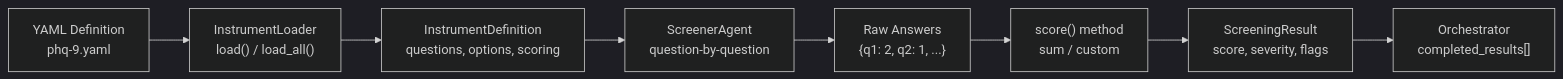
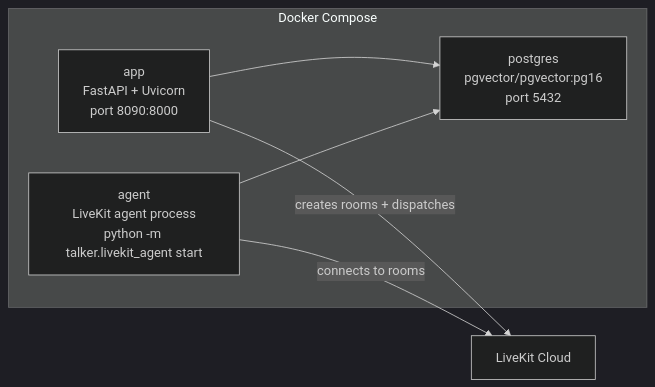
One commit to bodharma/talker changed the fifth of 8 diagrams in docs/architecture.md. Above: the diagram before and after it, drawn with Mermaid (dark theme). The commit also changed other lines of this file and 3 other files, not shown here.

First line of the commit message:
docs: rewrite architecture and LiveKit docs for code review

````diff
--- a/docs/architecture.md
+++ b/docs/architecture.md
@@ -296,10 +292,13 @@
 ```mermaid
-flowchart LR
-    YAML["YAML Definition<br/>phq-9.yaml"] --> LOADER["InstrumentLoader<br/>load() / load_all()"]
-    LOADER --> DEF["InstrumentDefinition<br/>questions, options, scoring"]
-    DEF --> SCREENER["ScreenerAgent<br/>question-by-question"]
-    SCREENER --> ANSWERS["Raw Answers<br/>{q1: 2, q2: 1, ...}"]
-    ANSWERS --> SCORE["score() method<br/>sum / custom"]
-    SCORE --> RESULT["ScreeningResult<br/>score, severity, flags"]
-    RESULT --> ORCH["Orchestrator<br/>completed_results[]"]
+graph LR
+    subgraph "Docker Compose"
+        APP["app<br/>FastAPI + Uvicorn<br/>port 8090:8000"]
+        AGENT["agent<br/>LiveKit agent process<br/>python -m talker.livekit_agent start"]
+        PG["postgres<br/>pgvector/pgvector:pg16<br/>port 5432"]
+    end
+
+    APP --> PG
+    AGENT --> PG
+    APP -->|creates rooms + dispatches| LK["LiveKit Cloud"]
+    AGENT -->|connects to rooms| LK
 ```
````
